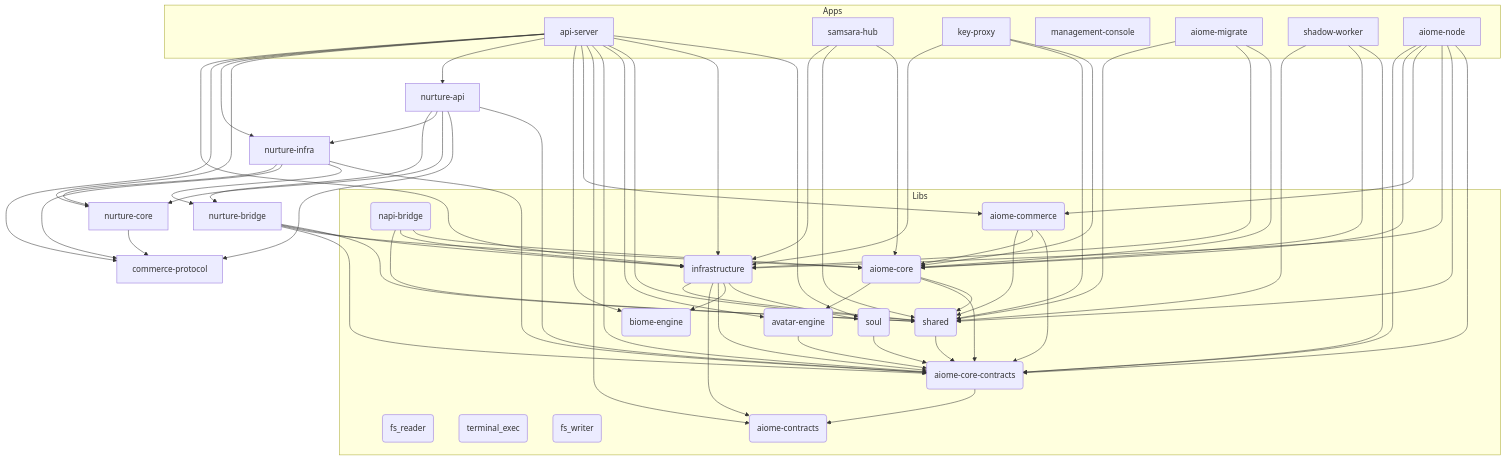
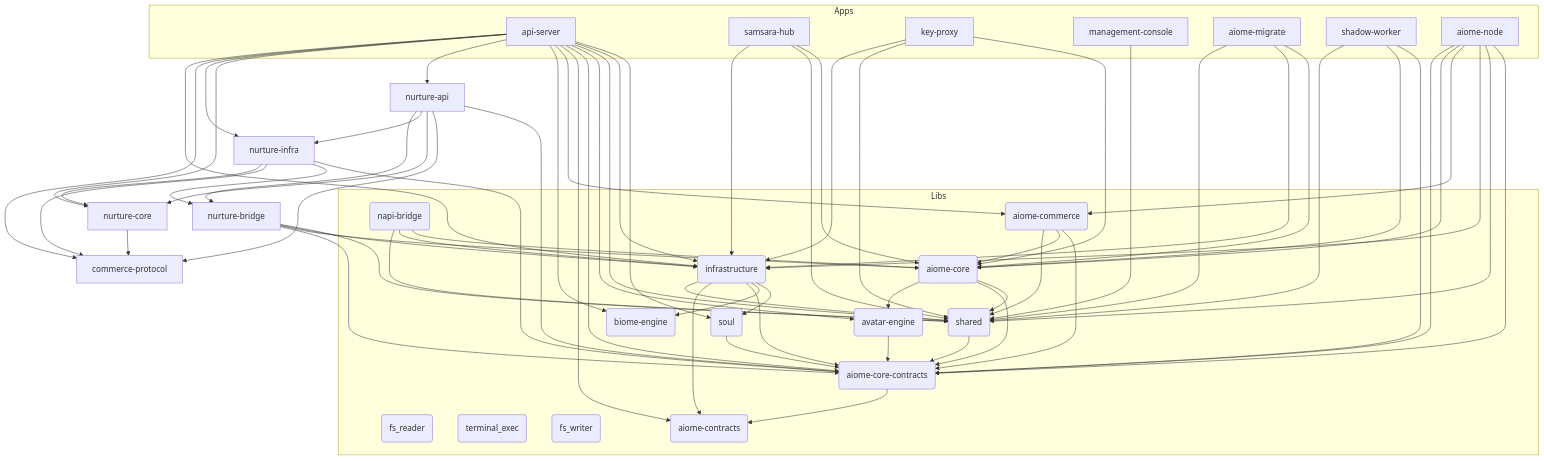
One commit to for4xex-droid/modular-open-claw changed the diagram in ARCHITECTURE.md. Above: the diagram before and after it, drawn with Mermaid. The commit also changed other lines of this file and 46 other files, not shown here.

```diff
--- a/ARCHITECTURE.md
+++ b/ARCHITECTURE.md
@@ -80,6 +80,7 @@
     napi-bridge --> aiome-core
     napi-bridge --> infrastructure
     napi-bridge --> shared
+    management-console --> shared
     aiome-core-contracts --> aiome-contracts
     soul --> aiome-core-contracts
     aiome-migrate --> aiome-core
```
